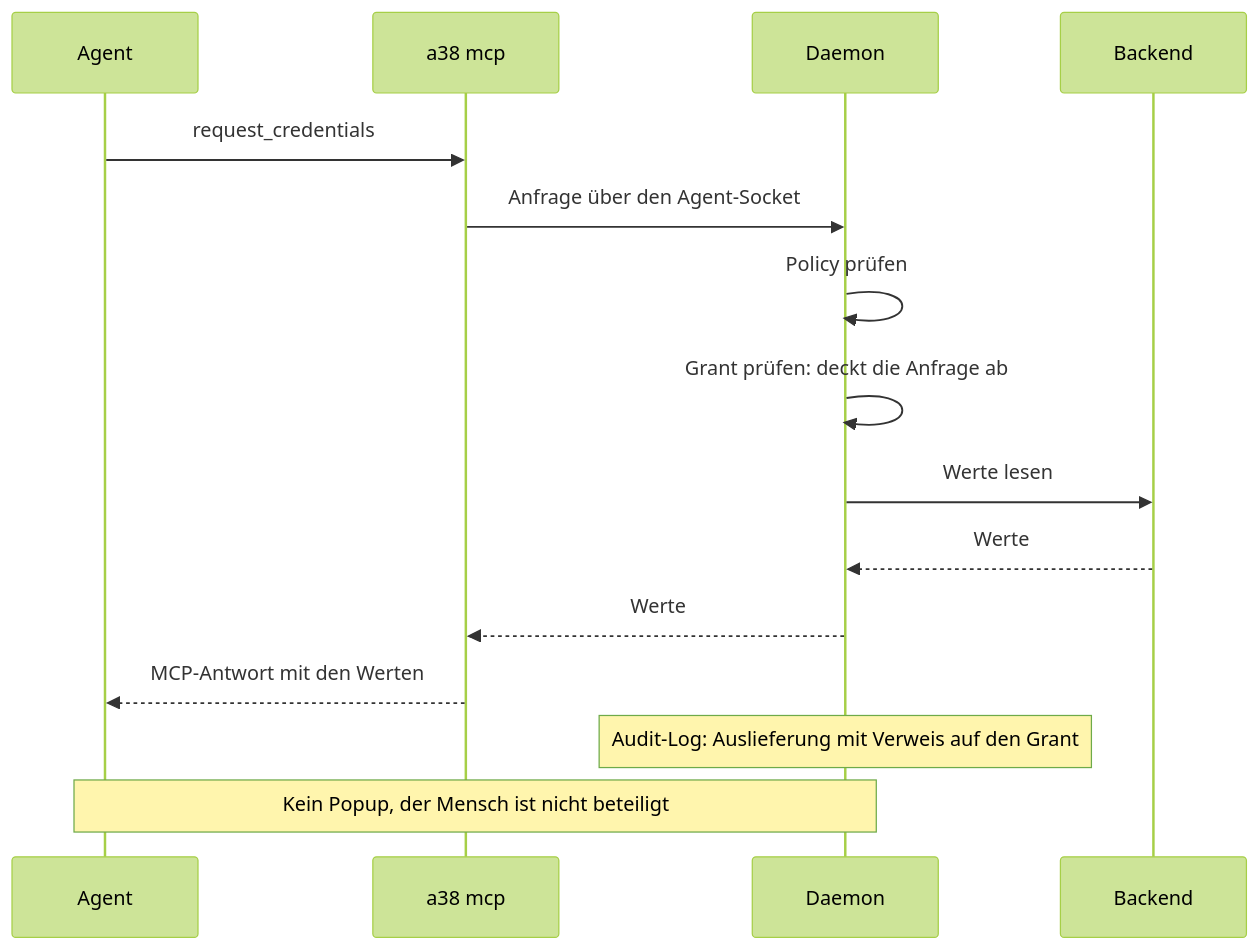
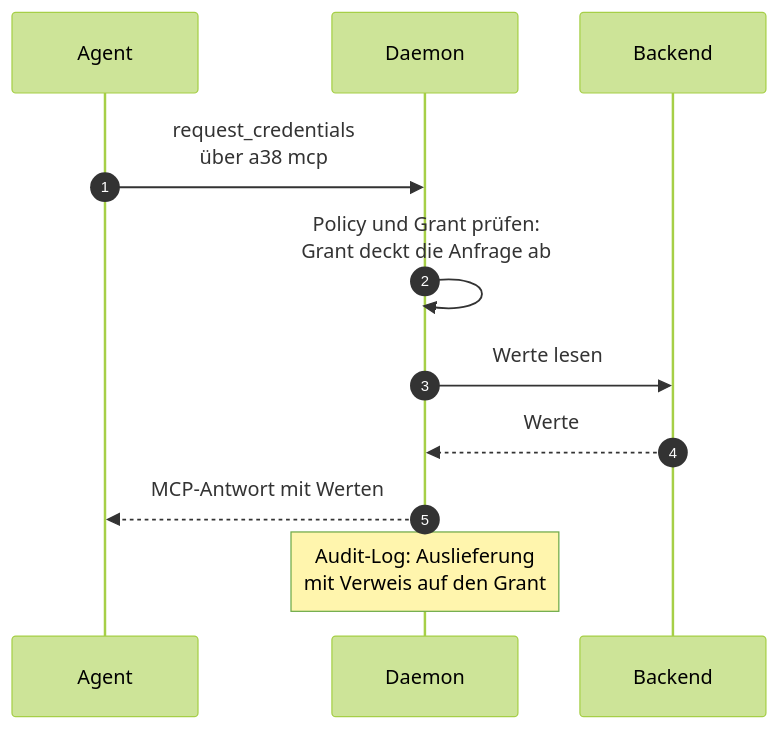
Before and after one commit to seletz/passierschein: the diagram in docs/design/use-cases/UC2_ein-agent-fordert-zugangsdaten-im.md, drawn with Mermaid (forest theme). The commit also changed 5 other files, not shown here.

Commit message:
docs(design): show the sequence diagram before the flow text and make it narrower

````diff
--- a/docs/design/use-cases/UC2_ein-agent-fordert-zugangsdaten-im.md
+++ b/docs/design/use-cases/UC2_ein-agent-fordert-zugangsdaten-im.md
@@ -30,17 +23,13 @@
 ```mermaid
 sequenceDiagram
+    autonumber
     participant A as Agent
-    participant M as a38 mcp
     participant D as Daemon
     participant B as Backend
-    A->>M: request_credentials
-    M->>D: Anfrage über den Agent-Socket
-    D->>D: Policy prüfen
-    D->>D: Grant prüfen: deckt die Anfrage ab
+    A->>D: request_credentials<br/>über a38 mcp
+    D->>D: Policy und Grant prüfen:<br/>Grant deckt die Anfrage ab
     D->>B: Werte lesen
     B-->>D: Werte
-    D-->>M: Werte
-    M-->>A: MCP-Antwort mit den Werten
-    Note over D: Audit-Log: Auslieferung mit Verweis auf den Grant
-    Note over A,D: Kein Popup, der Mensch ist nicht beteiligt
+    D-->>A: MCP-Antwort mit Werten
+    Note over D: Audit-Log: Auslieferung<br/>mit Verweis auf den Grant
 ```
````
